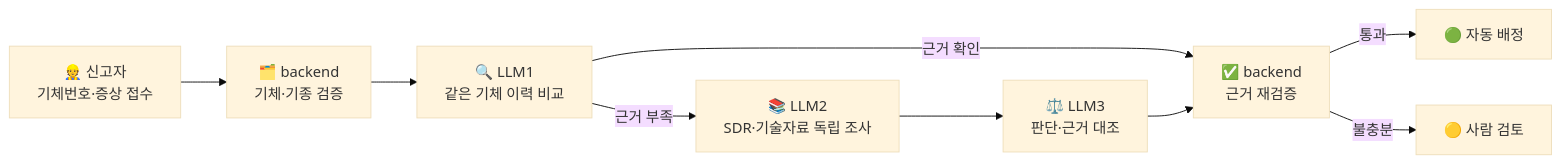
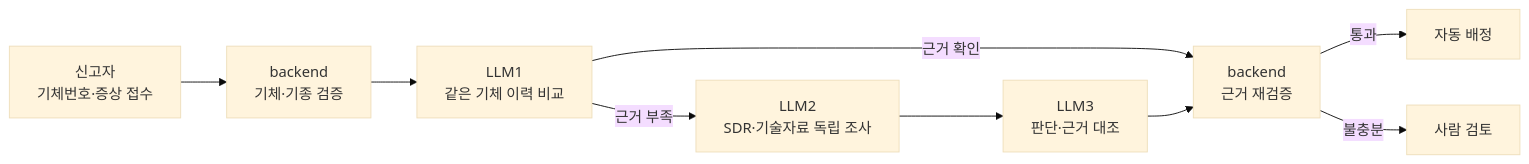
The first of 4 diagrams in profile/README.md (mro-agent-proj/.github), drawn with Mermaid (base theme) before and after one commit. The commit also changed other lines of this file, not shown here.

````diff
--- a/profile/README.md
+++ b/profile/README.md
@@ -65,11 +65,11 @@
 ```mermaid
 flowchart LR
-    A["👷 신고자<br/>기체번호·증상 접수"] --> B["🗂️ backend<br/>기체·기종 검증"]
-    B --> C["🔍 LLM1<br/>같은 기체 이력 비교"]
+    A["신고자<br/>기체번호·증상 접수"] --> B["backend<br/>기체·기종 검증"]
+    B --> C["LLM1<br/>같은 기체 이력 비교"]
     C -- "근거 확인" --> F
-    C -- "근거 부족" --> D["📚 LLM2<br/>SDR·기술자료 독립 조사"]
-    D --> E["⚖️ LLM3<br/>판단·근거 대조"]
-    E --> F["✅ backend<br/>근거 재검증"]
-    F -- "통과" --> G["🟢 자동 배정"]
-    F -- "불충분" --> H["🟡 사람 검토"]
+    C -- "근거 부족" --> D["LLM2<br/>SDR·기술자료 독립 조사"]
+    D --> E["LLM3<br/>판단·근거 대조"]
+    E --> F["backend<br/>근거 재검증"]
+    F -- "통과" --> G["자동 배정"]
+    F -- "불충분" --> H["사람 검토"]
 ```
````
